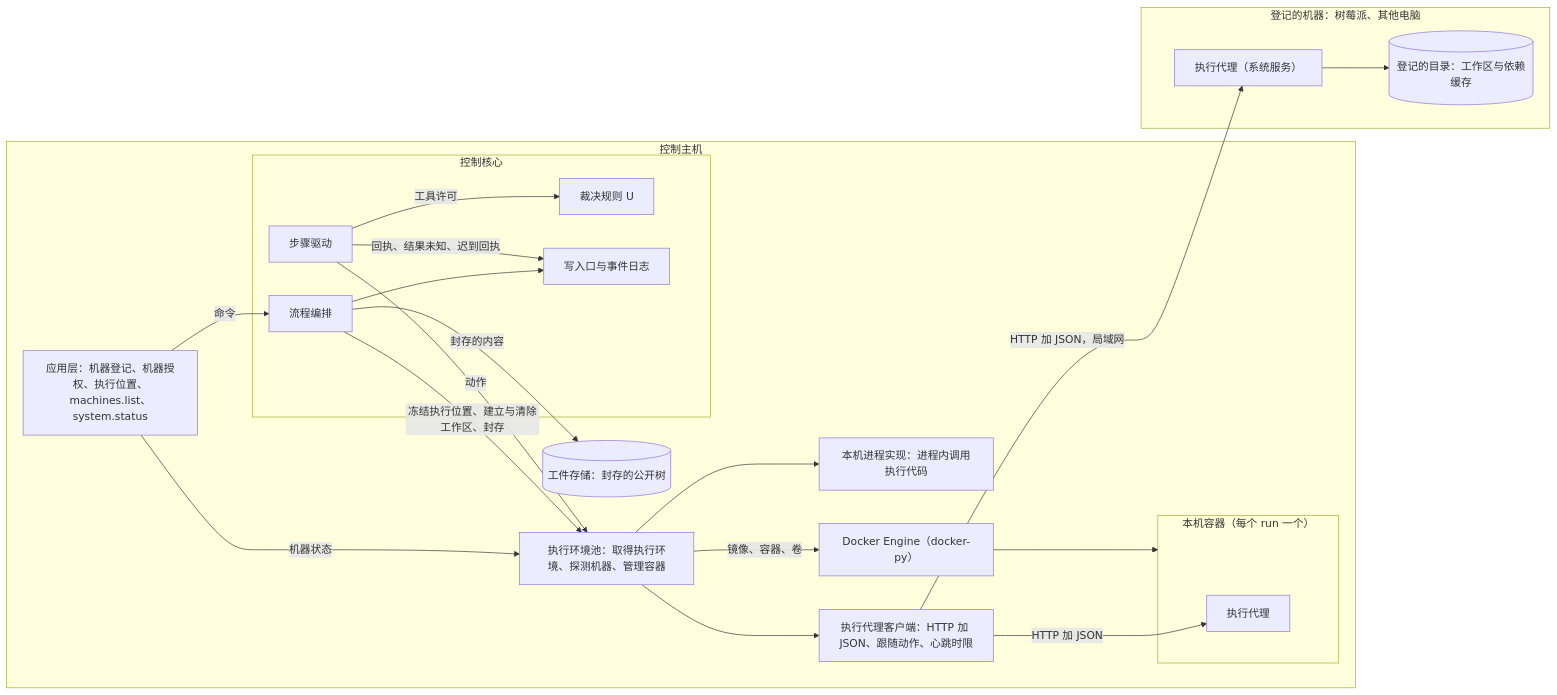
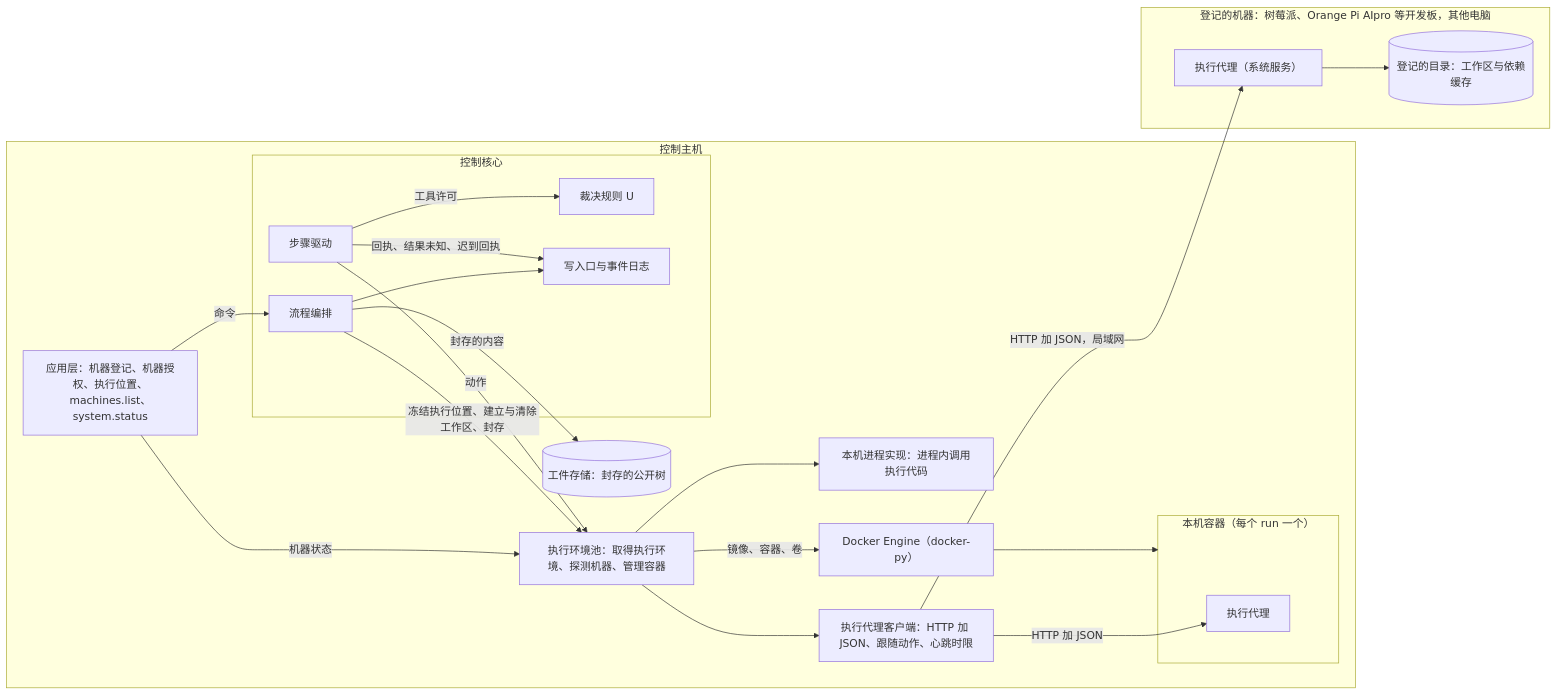
Before and after one commit to bender2333/yudao: the second of 4 diagrams in docs/design/execution-environment.md, drawn with Mermaid. The commit also changed other lines of this file and 18 other files, not shown here.

Commit message:
docs: 长期目标可以修改（#203），暂停的 run 处理以后可以继续（#204），远程执行验收改用 Orange Pi AIpro 开发板，执行代理的安装包由控制主机提供

````diff
--- a/docs/design/execution-environment.md
+++ b/docs/design/execution-environment.md
@@ -59,39 +60,39 @@
 ```mermaid
 flowchart LR
   subgraph Host["控制主机"]
     App["应用层：机器登记、机器授权、执行位置、machines.list、system.status"]
     subgraph Core["控制核心"]
       Orch["流程编排"]
       Step["步骤驱动"]
       U["裁决规则 U"]
       Write["写入口与事件日志"]
     end
     Pool["执行环境池：取得执行环境、探测机器、管理容器"]
     Local["本机进程实现：进程内调用执行代码"]
     Client["执行代理客户端：HTTP 加 JSON、跟随动作、心跳时限"]
     Art[("工件存储：封存的公开树")]
     Docker["Docker Engine（docker-py）"]
     subgraph Box["本机容器（每个 run 一个）"]
       AgentC["执行代理"]
     end
   end
-  subgraph Remote["登记的机器：树莓派、其他电脑"]
+  subgraph Remote["登记的机器：树莓派、Orange Pi AIpro 等开发板，其他电脑"]
     AgentR["执行代理（系统服务）"]
     Dir[("登记的目录：工作区与依赖缓存")]
   end
   App -->|"命令"| Orch
   App -->|"机器状态"| Pool
   Orch -->|"冻结执行位置、建立与清除工作区、封存"| Pool
   Step -->|"工具许可"| U
   Step -->|"动作"| Pool
   Pool --> Local
   Pool --> Client
   Pool -->|"镜像、容器、卷"| Docker
   Docker --> Box
   Client -->|"HTTP 加 JSON"| AgentC
   Client -->|"HTTP 加 JSON，局域网"| AgentR
   AgentR --> Dir
   Orch -->|"封存的内容"| Art
   Orch --> Write
   Step -->|"回执、结果未知、迟到回执"| Write
 ```
````
